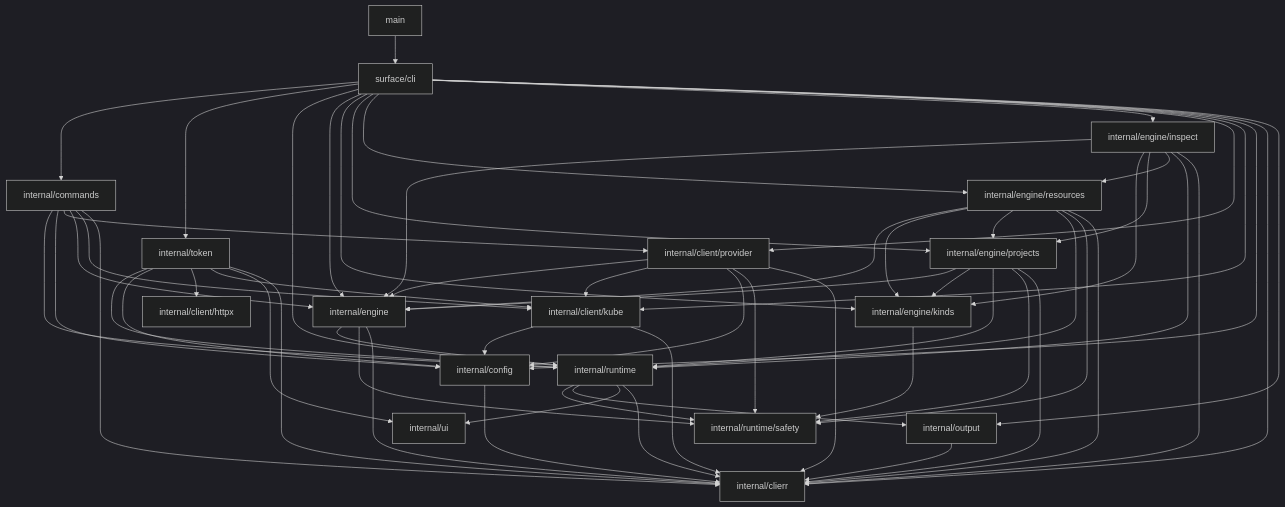
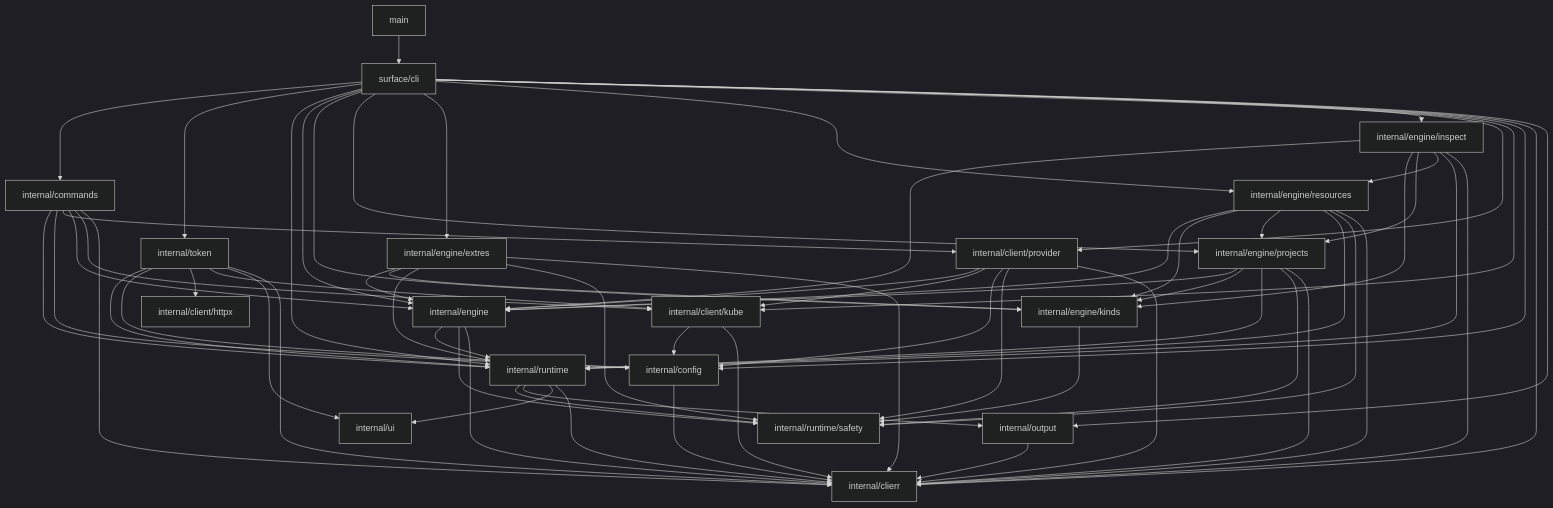
Before and after one commit to rancher/rancher-cli: the diagram in ARCHITECTURE.md, drawn with Mermaid (dark theme). The commit also changed other lines of this file and 8 other files, not shown here.

```diff
--- a/ARCHITECTURE.md
+++ b/ARCHITECTURE.md
@@ -77,6 +78,7 @@
     resources["internal/engine/resources"]
     inspect["internal/engine/inspect"]
     projects["internal/engine/projects"]
+    extres["internal/engine/extres"]
     config["internal/config"]
     provider["internal/client/provider"]
     kube["internal/client/kube"]
@@ -93,6 +95,7 @@
     cli --> engine
     cli --> kinds
     cli --> projects
+    cli --> extres
     cli --> resources
     cli --> inspect
     cli --> provider
@@ -146,6 +149,12 @@
     projects --> safety
     projects --> clierr
 
+    extres --> engine
+    extres --> kinds
+    extres --> runtime
+    extres --> safety
+    extres --> clierr
+
     provider --> engine
     provider --> kube
     provider --> config
```
